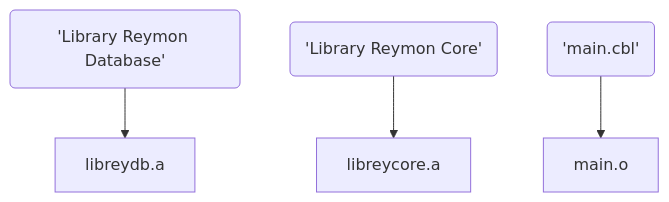
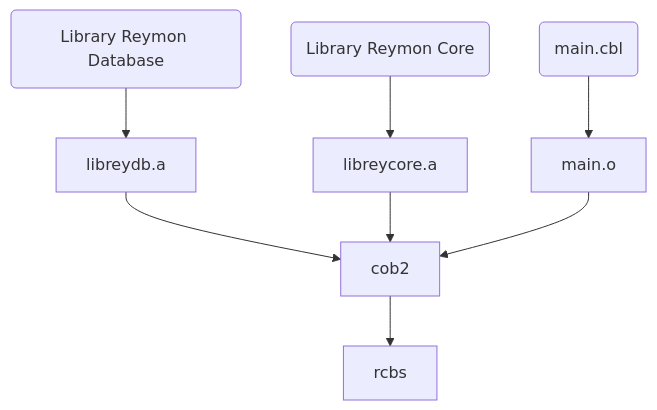
Before and after one commit to Reymon-Real/Reymon-Conceptual-Banking-System: the diagram in README.md, drawn with Mermaid.

````diff
--- a/README.md
+++ b/README.md
@@ -11,11 +11,14 @@
 ```mermaid
 flowchart
 
-db('Library Reymon Database')
-core('Library Reymon Core')
-main('main.cbl')
+db("Library Reymon Database")
+core("Library Reymon Core")
+main("main.cbl")
 
 db --> libreydb.a
 core --> libreycore.a
 main --> main.o
+
+libreydb.a & libreycore.a & main.o --> cob2 --> rcbs
+
 ```
````
